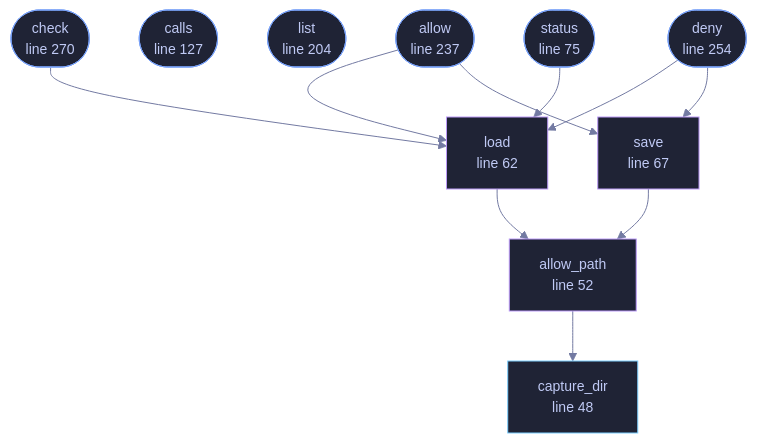
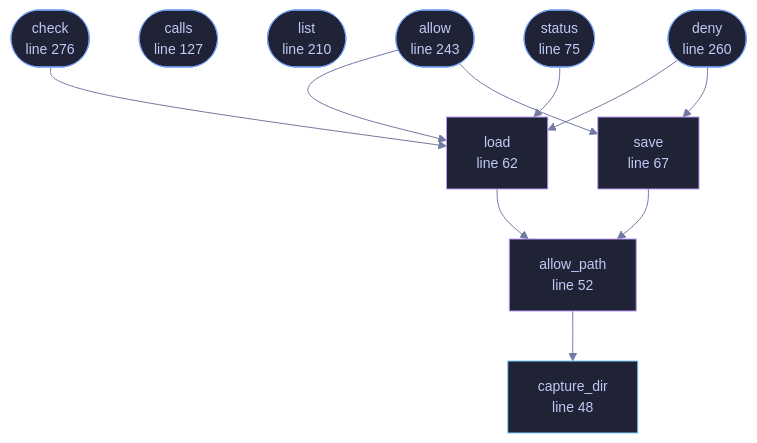
One commit to tilas01/veilvoice changed the diagram in docs/files/veilvoice-cli/capture.md. Above: the diagram before and after it, drawn with Mermaid. The commit also changed other lines of this file and 53 other files, not shown here.

````diff
--- a/docs/files/veilvoice-cli/capture.md
+++ b/docs/files/veilvoice-cli/capture.md
@@ -97,39 +97,39 @@
 ```mermaid
 %%{init: {"theme":"base","themeVariables":{"background":"#1a1b26","primaryColor":"#1f2335","primaryTextColor":"#c0caf5","primaryBorderColor":"#7aa2f7","secondaryColor":"#16161e","tertiaryColor":"#16161e","lineColor":"#737aa2","textColor":"#c0caf5","mainBkg":"#1f2335","nodeBorder":"#7aa2f7","clusterBkg":"#16161e","clusterBorder":"#2f3549","fontFamily":"ui-monospace, SFMono-Regular, Consolas, monospace","fontSize":"14px"}}}%%
 flowchart TD
     n_capture_dir["capture_dir<br/>line 48"]
     n_allow_path["allow_path<br/>line 52"]
     n_load["load<br/>line 62"]
     n_save["save<br/>line 67"]
     n_status(["status<br/>line 75"])
     n_calls(["calls<br/>line 127"])
-    n_list(["list<br/>line 204"])
-    n_allow(["allow<br/>line 237"])
-    n_deny(["deny<br/>line 254"])
-    n_check(["check<br/>line 270"])
+    n_list(["list<br/>line 210"])
+    n_allow(["allow<br/>line 243"])
+    n_deny(["deny<br/>line 260"])
+    n_check(["check<br/>line 276"])
     n_allow --> n_load
     n_allow --> n_save
     n_allow_path --> n_capture_dir
     n_check --> n_load
     n_deny --> n_load
     n_deny --> n_save
     n_load --> n_allow_path
     n_save --> n_allow_path
     n_status --> n_load
     click n_capture_dir href "https://github.com/tilas01/veilvoice/blob/main/crates/veilvoice-cli/src/capture.rs#L48" "open the source"
     click n_allow_path href "https://github.com/tilas01/veilvoice/blob/main/crates/veilvoice-cli/src/capture.rs#L52" "open the source"
     click n_load href "https://github.com/tilas01/veilvoice/blob/main/crates/veilvoice-cli/src/capture.rs#L62" "open the source"
     click n_save href "https://github.com/tilas01/veilvoice/blob/main/crates/veilvoice-cli/src/capture.rs#L67" "open the source"
     click n_status href "https://github.com/tilas01/veilvoice/blob/main/crates/veilvoice-cli/src/capture.rs#L75" "open the source"
     click n_calls href "https://github.com/tilas01/veilvoice/blob/main/crates/veilvoice-cli/src/capture.rs#L127" "open the source"
-    click n_list href "https://github.com/tilas01/veilvoice/blob/main/crates/veilvoice-cli/src/capture.rs#L204" "open the source"
-    click n_allow href "https://github.com/tilas01/veilvoice/blob/main/crates/veilvoice-cli/src/capture.rs#L237" "open the source"
-    click n_deny href "https://github.com/tilas01/veilvoice/blob/main/crates/veilvoice-cli/src/capture.rs#L254" "open the source"
-    click n_check href "https://github.com/tilas01/veilvoice/blob/main/crates/veilvoice-cli/src/capture.rs#L270" "open the source"
+    click n_list href "https://github.com/tilas01/veilvoice/blob/main/crates/veilvoice-cli/src/capture.rs#L210" "open the source"
+    click n_allow href "https://github.com/tilas01/veilvoice/blob/main/crates/veilvoice-cli/src/capture.rs#L243" "open the source"
+    click n_deny href "https://github.com/tilas01/veilvoice/blob/main/crates/veilvoice-cli/src/capture.rs#L260" "open the source"
+    click n_check href "https://github.com/tilas01/veilvoice/blob/main/crates/veilvoice-cli/src/capture.rs#L276" "open the source"
     classDef entry fill:#1f2335,stroke:#7aa2f7,color:#c0caf5
     class n_status,n_calls,n_list,n_allow,n_deny,n_check entry
     classDef api fill:#1f2335,stroke:#7dcfff,color:#c0caf5
     class n_capture_dir api
     classDef helper fill:#1f2335,stroke:#bb9af7,color:#c0caf5
     class n_allow_path,n_load,n_save helper
 ```
````
